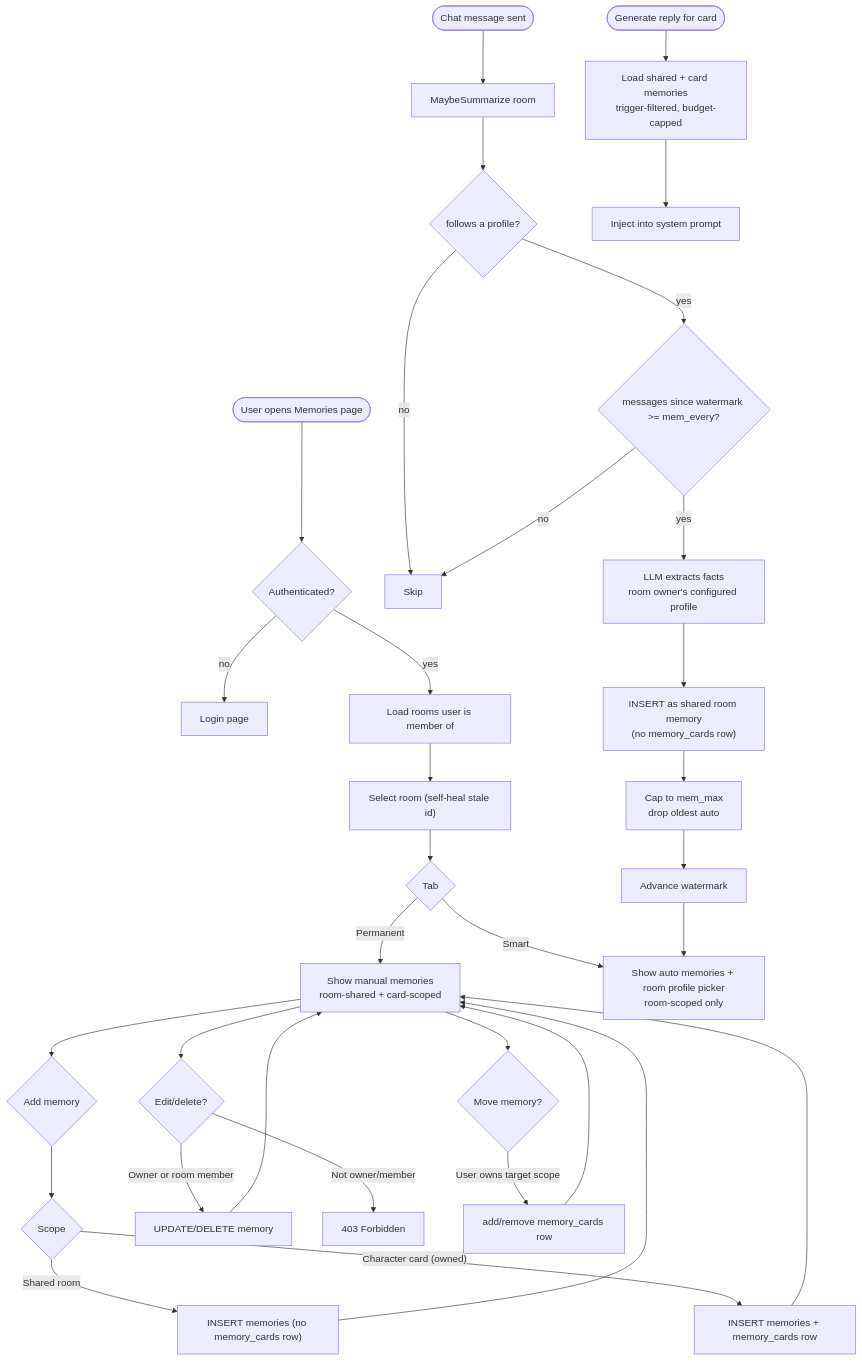
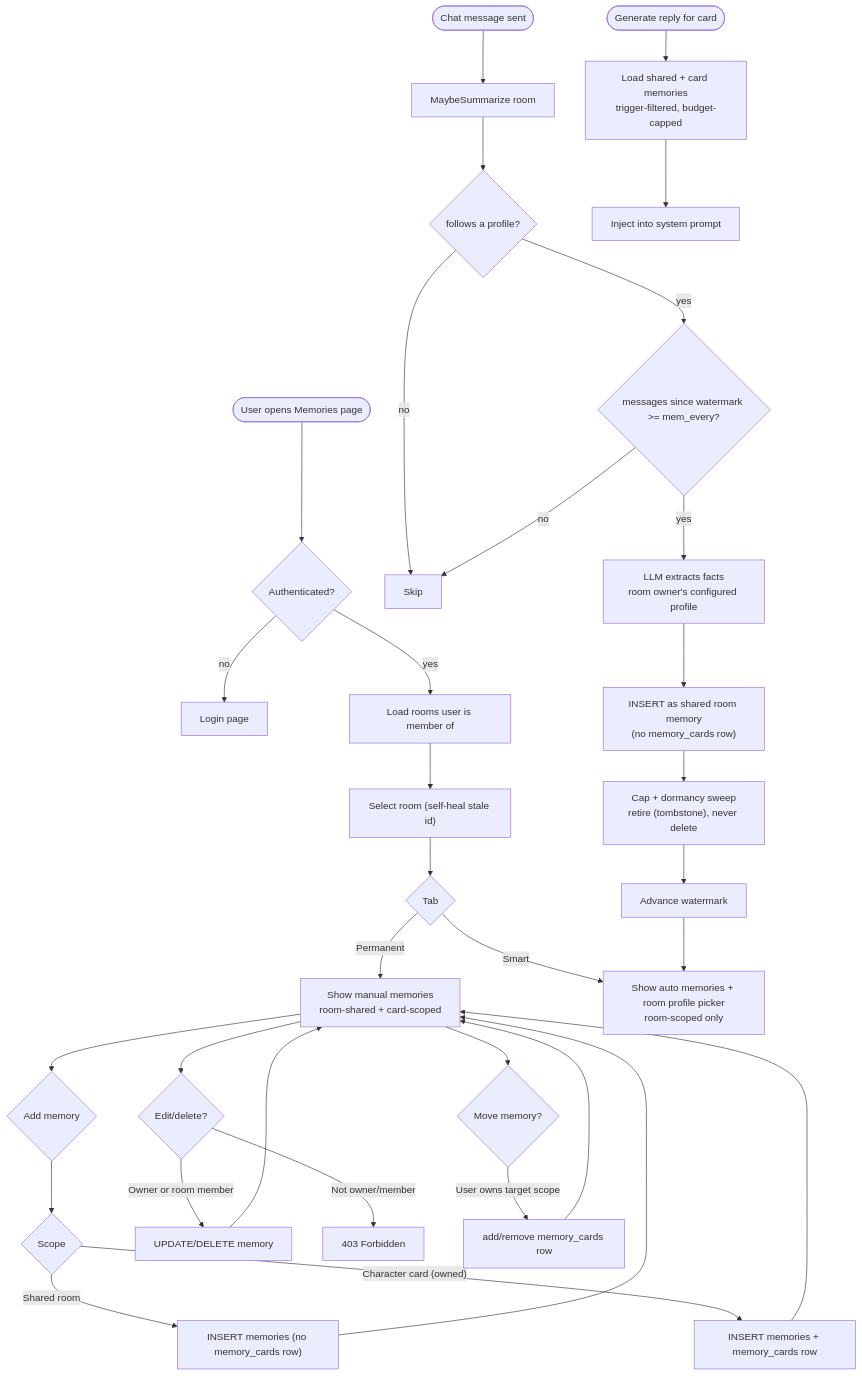
The first of 2 diagrams in docs/memories.md (XanthiaJo/BOLLOCKS), drawn with Mermaid before and after one commit. The commit also changed other lines of this file and 9 other files, not shown here.

````diff
--- a/docs/memories.md
+++ b/docs/memories.md
@@ -73,46 +74,46 @@
 ```mermaid
 flowchart TD
     Start([User opens Memories page]) --> Auth{Authenticated?}
     Auth -- no --> Login[Login page]
     Auth -- yes --> LoadRooms[Load rooms user is member of]
     LoadRooms --> SelectRoom["Select room (self-heal stale id)"]
     SelectRoom --> Tabs{Tab}
 
     Tabs -->|Permanent| PermList["Show manual memories<br/>room-shared + card-scoped"]
     Tabs -->|Smart| SmartList["Show auto memories + room profile picker<br/>room-scoped only"]
 
     %% Permanent creation
     PermList --> AddMem{Add memory}
     AddMem --> Scope{Scope}
     Scope -->|Shared room| InsShared["INSERT memories (no memory_cards row)"]
     Scope -->|"Character card (owned)"| InsCard["INSERT memories + memory_cards row"]
     InsShared --> PermList
     InsCard --> PermList
 
     %% Permanent editing
     PermList --> Edit{Edit/delete?}
     Edit -->|Owner or room member| Update["UPDATE/DELETE memory"]
     Edit -->|Not owner/member| Deny["403 Forbidden"]
     Update --> PermList
 
     %% Smart extraction
     Chat([Chat message sent]) --> MaybeSum["MaybeSummarize room"]
     MaybeSum --> CheckAuto{follows a profile?}
     CheckAuto -- no --> Skip[Skip]
     CheckAuto -- yes --> CheckInterval{"messages since watermark >= mem_every?"}
     CheckInterval -- no --> Skip
     CheckInterval -- yes --> Extract["LLM extracts facts<br/>room owner's configured profile"]
     Extract --> StoreShared["INSERT as shared room memory<br/>(no memory_cards row)"]
-    StoreShared --> Cap["Cap to mem_max<br/>drop oldest auto"]
+    StoreShared --> Cap["Cap + dormancy sweep<br/>retire (tombstone), never delete"]
     Cap --> Watermark[Advance watermark]
     Watermark --> SmartList
 
     %% Injection
     Gen([Generate reply for card]) --> Inject["Load shared + card memories<br/>trigger-filtered, budget-capped"]
     Inject --> Prompt["Inject into system prompt"]
 
     %% Move
     PermList --> Move{Move memory?}
     Move -->|User owns target scope| MoveMem["add/remove memory_cards row"]
     MoveMem --> PermList
 ```
````
